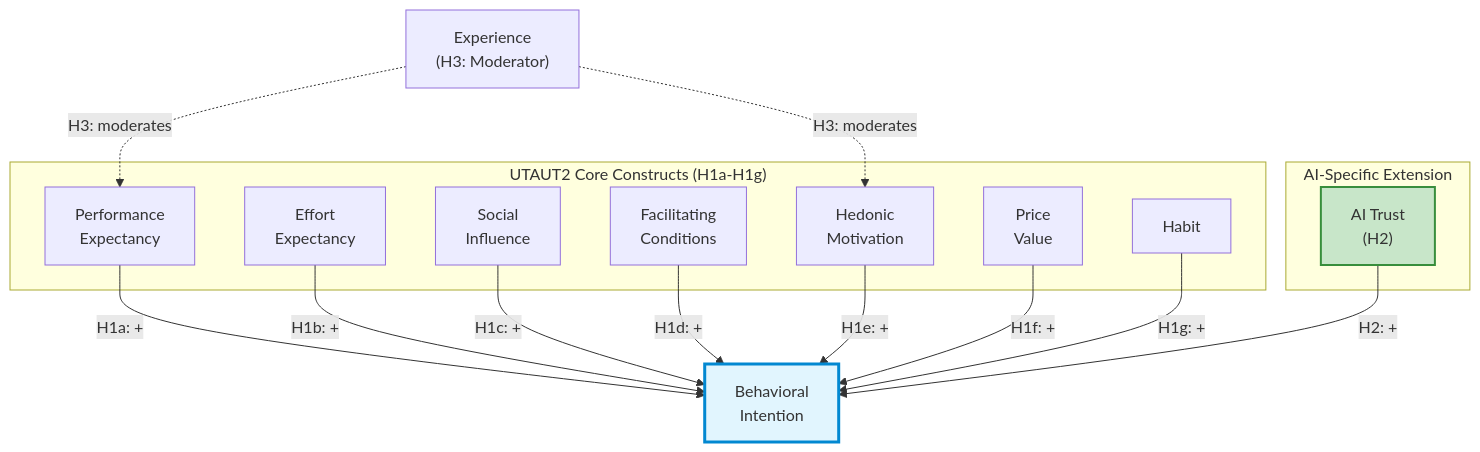
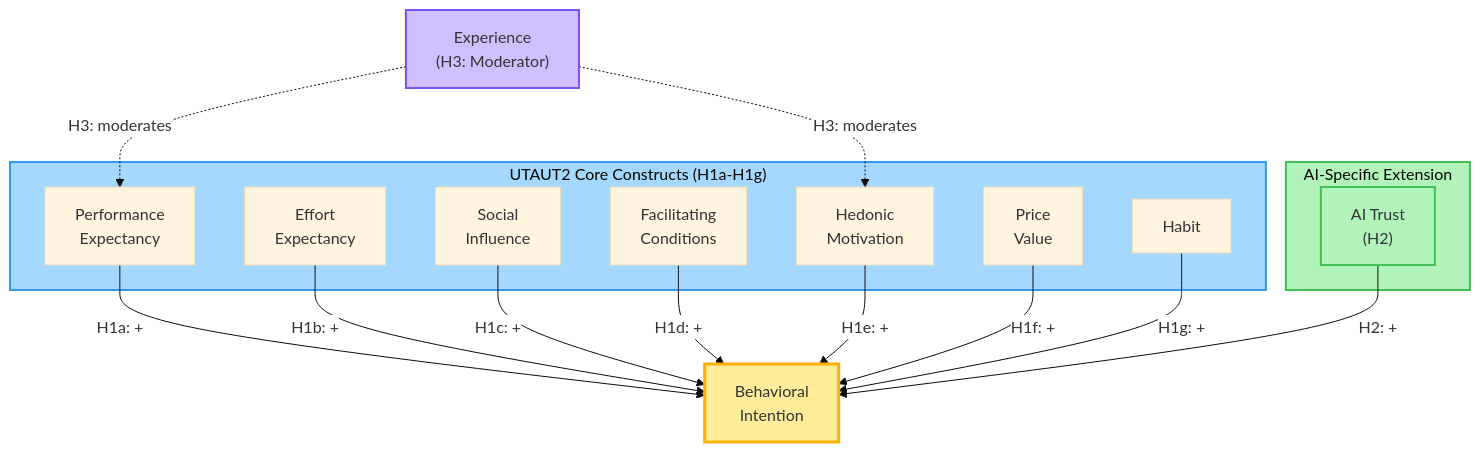
One commit to fabioc-aloha/AIRS_Data_Analysis changed the second of 3 diagrams in thesis-v2/manuscript/chapters/02_literature_review.md. Above: the diagram before and after it, drawn with Mermaid. The commit also changed 1 other file, not shown here.

Commit message:
style: update Mermaid palette for 2.5.3 Trust conceptual model

````diff
--- a/thesis-v2/manuscript/chapters/02_literature_review.md
+++ b/thesis-v2/manuscript/chapters/02_literature_review.md
@@ -182,34 +182,38 @@
 ```mermaid
+%%{init: {'theme': 'base', 'themeVariables': {'edgeLabelBackground': '#ffffff'}}}%%
 flowchart TB
     subgraph UTAUT2["UTAUT2 Core Constructs (H1a-H1g)"]
         PE["Performance<br/>Expectancy"]
         EE["Effort<br/>Expectancy"]
         SI["Social<br/>Influence"]
         FC["Facilitating<br/>Conditions"]
         HM["Hedonic<br/>Motivation"]
         PV["Price<br/>Value"]
         HT["Habit"]
     end
 
     subgraph AIExt["AI-Specific Extension"]
         TR["AI Trust<br/>(H2)"]
     end
 
     BI["Behavioral<br/>Intention"]
     EXP["Experience<br/>(H3: Moderator)"]
 
     PE -->|H1a: +| BI
     EE -->|H1b: +| BI
     SI -->|H1c: +| BI
     FC -->|H1d: +| BI
     HM -->|H1e: +| BI
     PV -->|H1f: +| BI
     HT -->|H1g: +| BI
     TR -->|H2: +| BI
 
     EXP -.->|H3: moderates| PE
     EXP -.->|H3: moderates| HM
 
-    style TR fill:#c8e6c9,stroke:#388e3c,stroke-width:2px
-    style BI fill:#e1f5fe,stroke:#0288d1,stroke-width:3px
+    style UTAUT2 fill:#a5d8ff,stroke:#339af0,stroke-width:2px
+    style AIExt fill:#b2f2bb,stroke:#40c057,stroke-width:2px
+    style TR fill:#b2f2bb,stroke:#40c057,stroke-width:2px
+    style BI fill:#ffec99,stroke:#fab005,stroke-width:3px
+    style EXP fill:#d0bfff,stroke:#7950f2,stroke-width:2px
 ```
````
